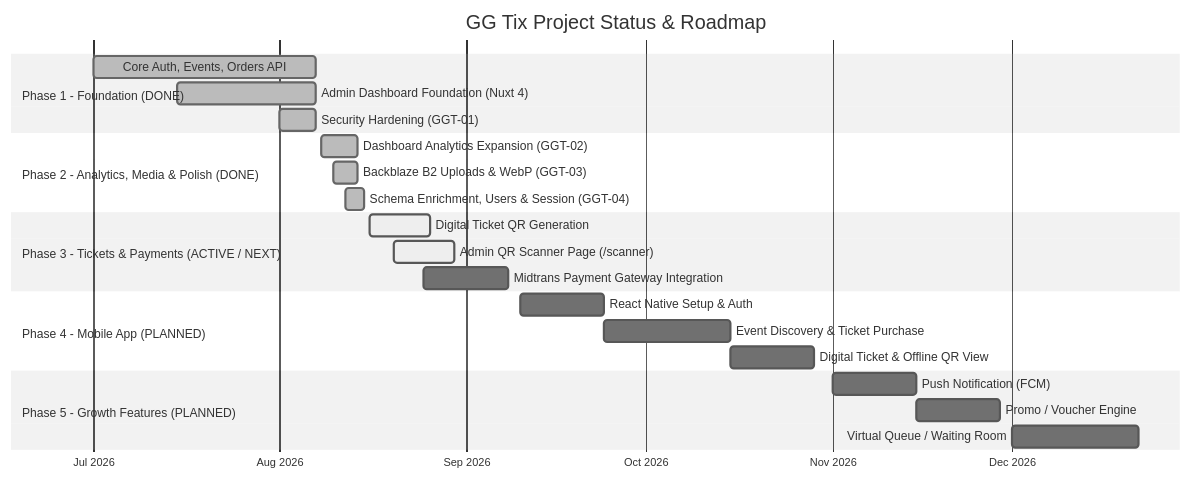
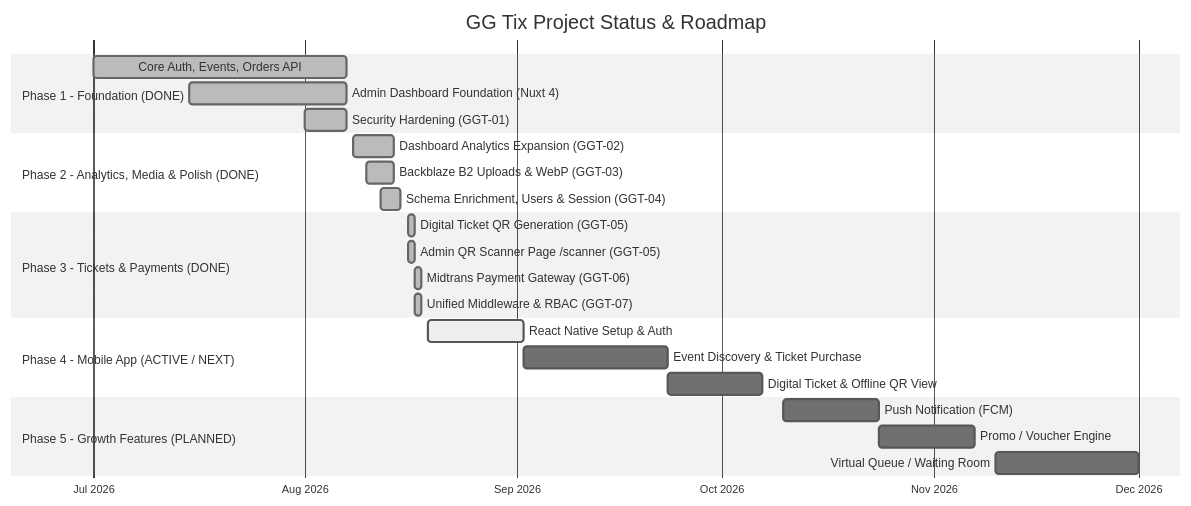
Before and after one commit to Artdi222/GG-Tix: the seventh of 7 diagrams in prd/GG Tix - Dokumen Konsep Lengkap.md, drawn with Mermaid (neutral theme). The commit also changed other lines of this file and 24 other files, not shown here.

First line of the commit message:
feat(rbac): implement 3-tier access control and gate staff operational workflow (GGT-08)

````diff
--- a/prd/GG Tix - Dokumen Konsep Lengkap.md
+++ b/prd/GG Tix - Dokumen Konsep Lengkap.md
@@ -601,31 +604,32 @@
 ```mermaid
 gantt
     title GG Tix Project Status & Roadmap
     dateFormat  YYYY-MM-DD
     axisFormat  %b %Y
 
     section Phase 1 - Foundation (DONE)
     Core Auth, Events, Orders API             :done, p1a, 2026-07-01, 2026-08-07
     Admin Dashboard Foundation (Nuxt 4)       :done, p1b, 2026-07-15, 2026-08-07
     Security Hardening (GGT-01)               :done, p1c, 2026-08-01, 2026-08-07
 
     section Phase 2 - Analytics, Media & Polish (DONE)
     Dashboard Analytics Expansion (GGT-02)    :done, p2a, 2026-08-08, 2026-08-14
     Backblaze B2 Uploads & WebP (GGT-03)      :done, p2b, 2026-08-10, 2026-08-14
     Schema Enrichment, Users & Session (GGT-04):done, p2c, 2026-08-12, 2026-08-15
 
-    section Phase 3 - Tickets & Payments (ACTIVE / NEXT)
-    Digital Ticket QR Generation              :active, p3a, 2026-08-16, 10d
-    Admin QR Scanner Page (/scanner)          :active, p3b, 2026-08-20, 10d
-    Midtrans Payment Gateway Integration      :p3c, 2026-08-25, 14d
+    section Phase 3 - Tickets & Payments (DONE)
+    Digital Ticket QR Generation (GGT-05)     :done, p3a, 2026-08-16, 2026-08-17
+    Admin QR Scanner Page /scanner (GGT-05)   :done, p3b, 2026-08-16, 2026-08-17
+    Midtrans Payment Gateway (GGT-06)         :done, p3c, 2026-08-17, 2026-08-18
+    Unified Middleware & RBAC (GGT-07)        :done, p3d, 2026-08-17, 2026-08-18
 
-    section Phase 4 - Mobile App (PLANNED)
-    React Native Setup & Auth                 :p4a, 2026-09-10, 14d
-    Event Discovery & Ticket Purchase         :p4b, 2026-09-24, 21d
-    Digital Ticket & Offline QR View          :p4c, 2026-10-15, 14d
+    section Phase 4 - Mobile App (ACTIVE / NEXT)
+    React Native Setup & Auth                 :active, p4a, 2026-08-19, 14d
+    Event Discovery & Ticket Purchase         :p4b, 2026-09-02, 21d
+    Digital Ticket & Offline QR View          :p4c, 2026-09-23, 14d
 
     section Phase 5 - Growth Features (PLANNED)
-    Push Notification (FCM)                   :p5a, 2026-11-01, 14d
-    Promo / Voucher Engine                    :p5b, 2026-11-15, 14d
-    Virtual Queue / Waiting Room              :p5c, 2026-12-01, 21d
+    Push Notification (FCM)                   :p5a, 2026-10-10, 14d
+    Promo / Voucher Engine                    :p5b, 2026-10-24, 14d
+    Virtual Queue / Waiting Room              :p5c, 2026-11-10, 21d
 ```
````
